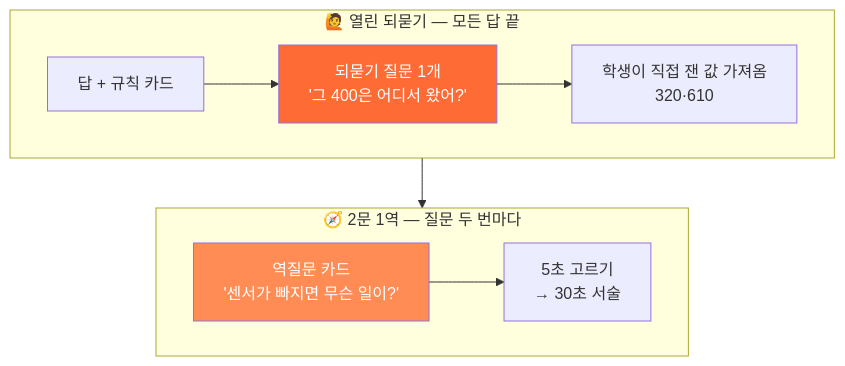
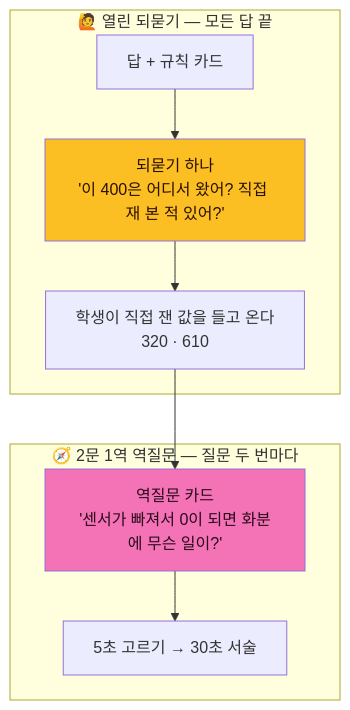
The sixth of 15 diagrams in 틴스파크AI_기획문서.md (Collegenie-X/askback), drawn with Mermaid before and after one commit. The commit also changed other lines of this file and 23 other files, not shown here.

````diff
--- a/틴스파크AI_기획문서.md
+++ b/틴스파크AI_기획문서.md
@@ -151,18 +240,15 @@
 ```mermaid
 flowchart TD
-  subgraph 매턴["🙋 열린 되묻기 — 모든 답 끝"]
-    A1["답 + 규칙 카드"] --> A2["되묻기 질문 1개<br/>'그 400은 어디서 왔어?'"]
-    A2 --> A3["학생이 직접 잰 값 가져옴<br/>320·610"]
+  subgraph L1["🙋 열린 되묻기 — 모든 답 끝"]
+    A1["답 + 규칙 카드"] --> A2["되묻기 하나<br/>'이 400은 어디서 왔어? 직접 재 본 적 있어?'"]
+    A2 --> A3["학생이 직접 잰 값을 들고 온다<br/>320 · 610"]
   end
-
-  subgraph 매2문["🧭 2문 1역 — 질문 두 번마다"]
-    B1["역질문 카드<br/>'센서가 빠지면 무슨 일이?'"]
-    B2["5초 고르기<br/>→ 30초 서술"]
+  subgraph L2["🧭 2문 1역 역질문 — 질문 두 번마다"]
+    B1["역질문 카드<br/>'센서가 빠져서 0이 되면 화분에 무슨 일이?'"]
+    B2["5초 고르기 → 30초 서술"]
     B1 --> B2
   end
-
-  매턴 --> 매2문
-
-  style A2 fill:#FF6B35,color:#fff
-  style B1 fill:#FF8C55,color:#fff
+  A3 --> B1
+  style A2 fill:#fbbf24,color:#2a1000
+  style B1 fill:#f472b6,color:#2a0a1c
 ```
````
